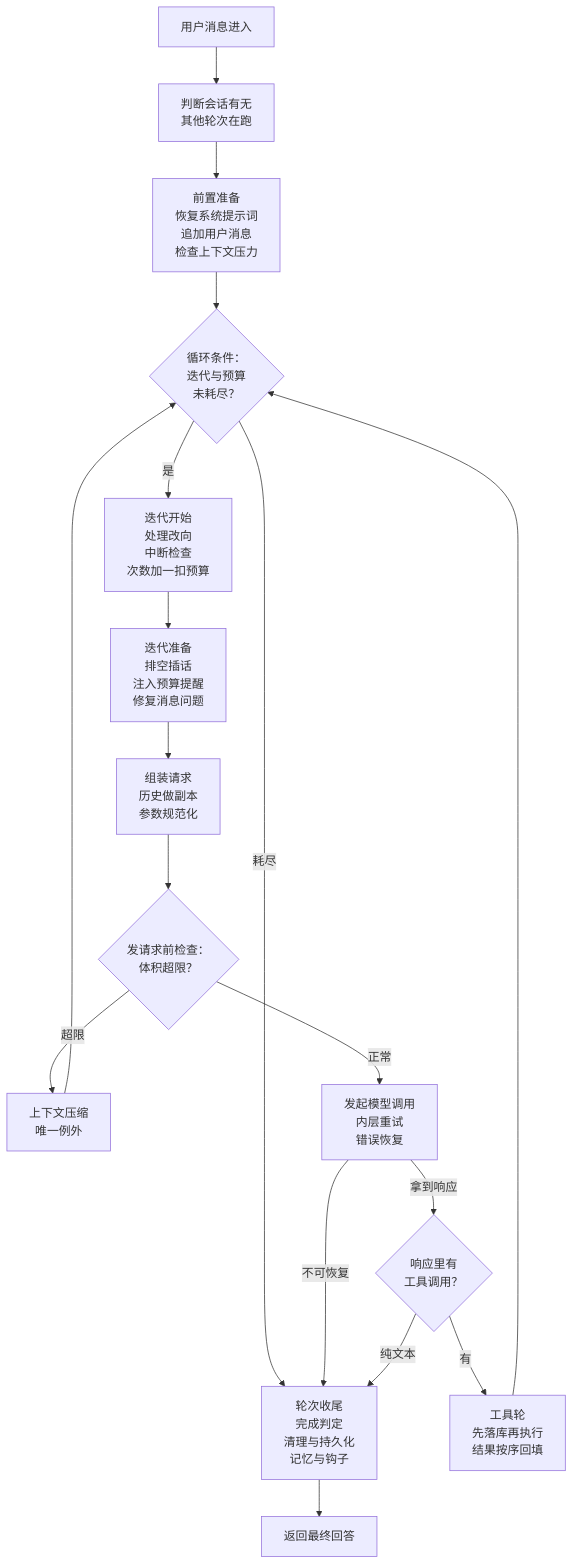
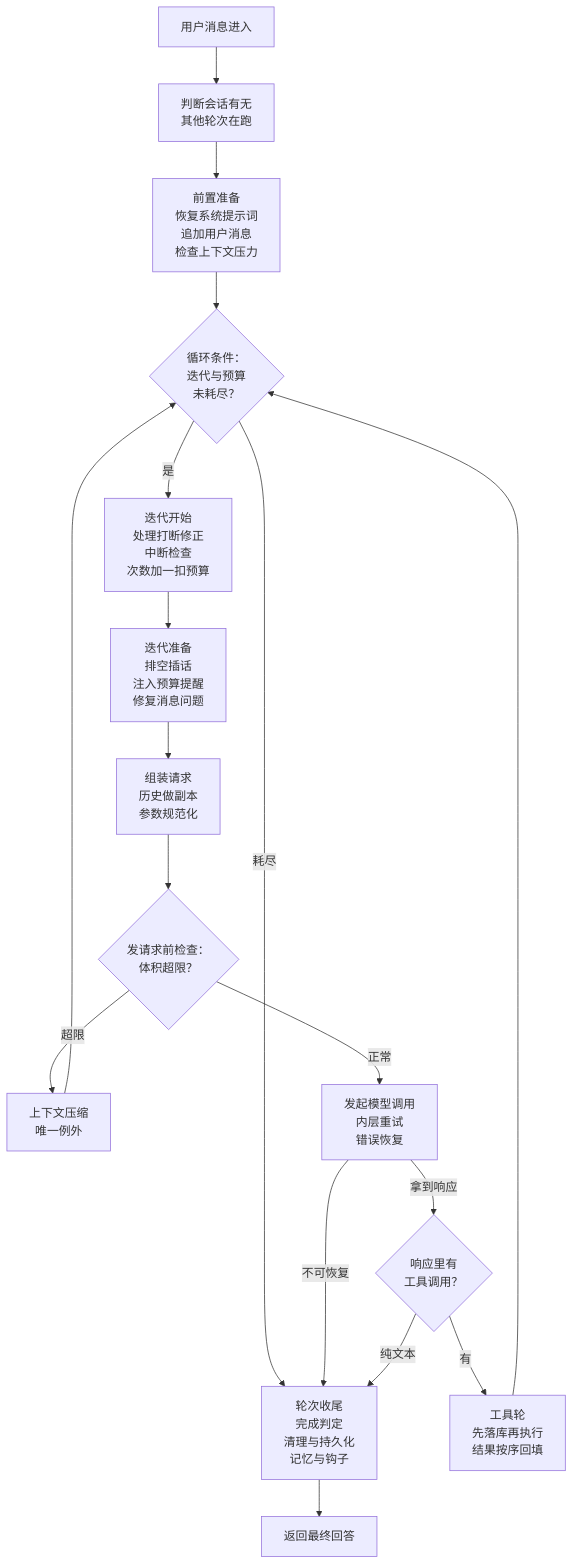
One commit to Mr-ZeLong/hermes-agent-analysis changed the diagram in docs/agent-loop.md. Above: the diagram before and after it, drawn with Mermaid. The commit also changed other lines of this file, not shown here.

````diff
--- a/docs/agent-loop.md
+++ b/docs/agent-loop.md
@@ -24,19 +24,19 @@
 ```mermaid
 flowchart TD
     A[用户消息进入] --> B[判断会话有无<br>其他轮次在跑]
     B --> C[前置准备<br>恢复系统提示词<br>追加用户消息<br>检查上下文压力]
     C --> D{循环条件：<br>迭代与预算<br>未耗尽？}
     D -- 耗尽 --> W[轮次收尾<br>完成判定<br>清理与持久化<br>记忆与钩子]
-    D -- 是 --> E[迭代开始<br>处理改向<br>中断检查<br>次数加一扣预算]
+    D -- 是 --> E[迭代开始<br>处理打断修正<br>中断检查<br>次数加一扣预算]
     E --> F[迭代准备<br>排空插话<br>注入预算提醒<br>修复消息问题]
     F --> G[组装请求<br>历史做副本<br>参数规范化]
     G --> G2{发请求前检查：<br>体积超限？}
     G2 -- 超限 --> H[上下文压缩<br>唯一例外] --> D
     G2 -- 正常 --> I[发起模型调用<br>内层重试<br>错误恢复]
     I -- 不可恢复 --> W
     I -- 拿到响应 --> J{响应里有<br>工具调用？}
     J -- 有 --> K[工具轮<br>先落库再执行<br>结果按序回填]
     K --> D
     J -- 纯文本 --> W
     W --> L[返回最终回答]
 ```
````
